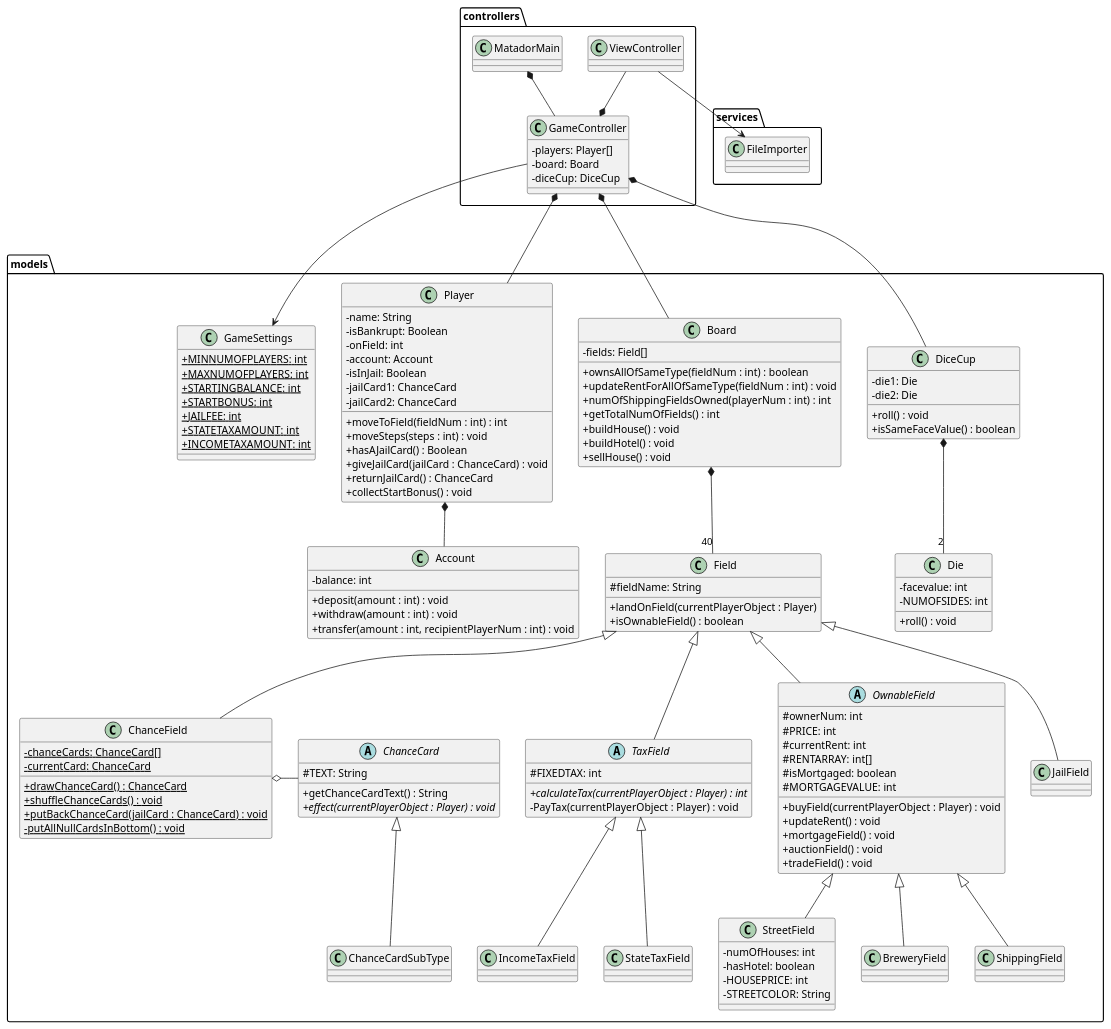
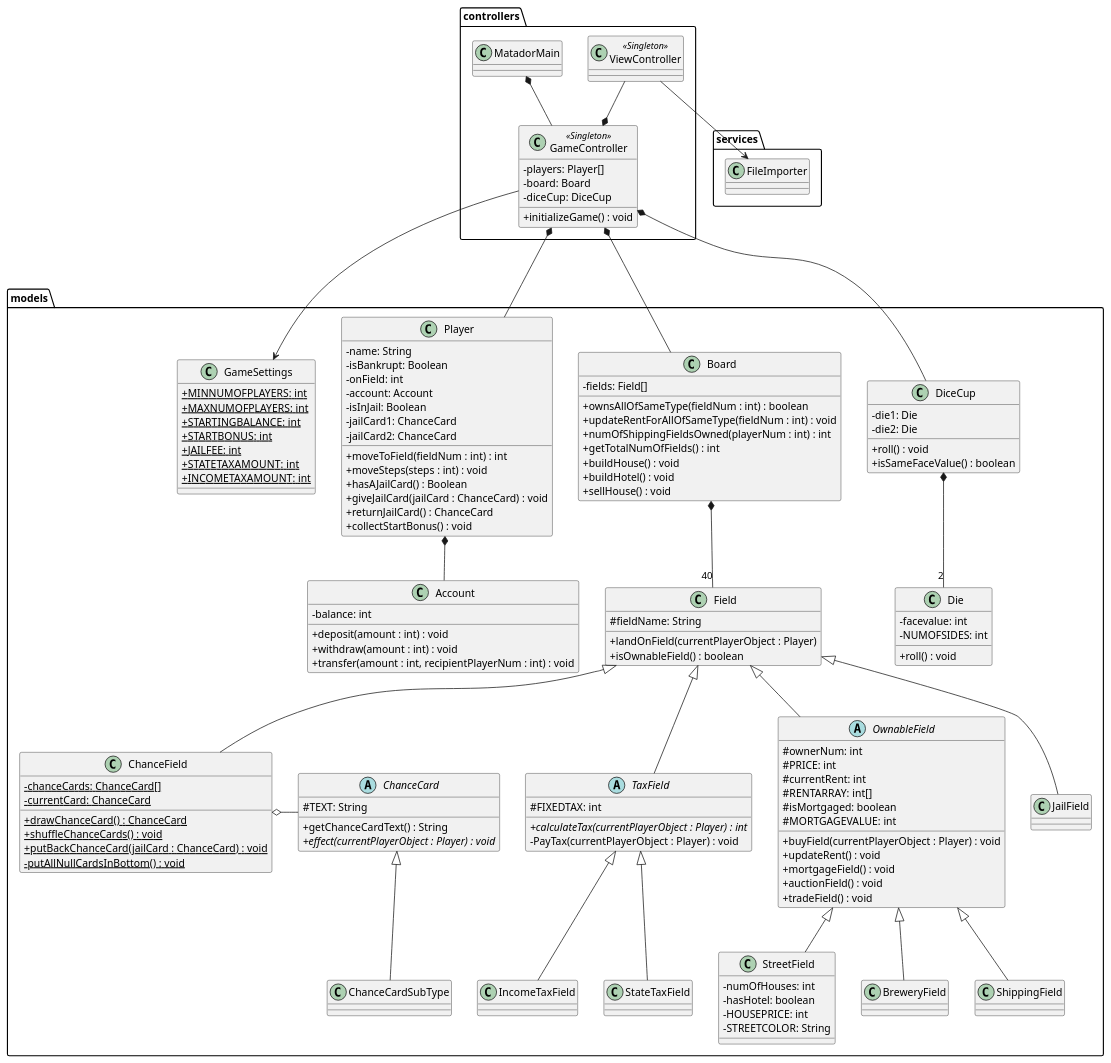
One commit to GabeKierk889/gruppe-18 changed the diagram in 18_final/UML/DesignClassDiagram.puml. Above: the diagram before and after it, drawn with PlantUML. The commit also changed 1 other file, not shown here.

Commit message:
Added changes to diagrams

```diff
--- a/18_final/UML/DesignClassDiagram.puml
+++ b/18_final/UML/DesignClassDiagram.puml
@@ -16,17 +16,19 @@
 
 }
 
-class GameController {
+class GameController <<Singleton>>{
     -players: Player[]
     -board: Board
     -diceCup: DiceCup
+
+    +initializeGame() : void
 }
 
 'class GameSetupController {
 '
 '}
 
-class ViewController {
+class ViewController <<Singleton>>{
 
 }
 
```
